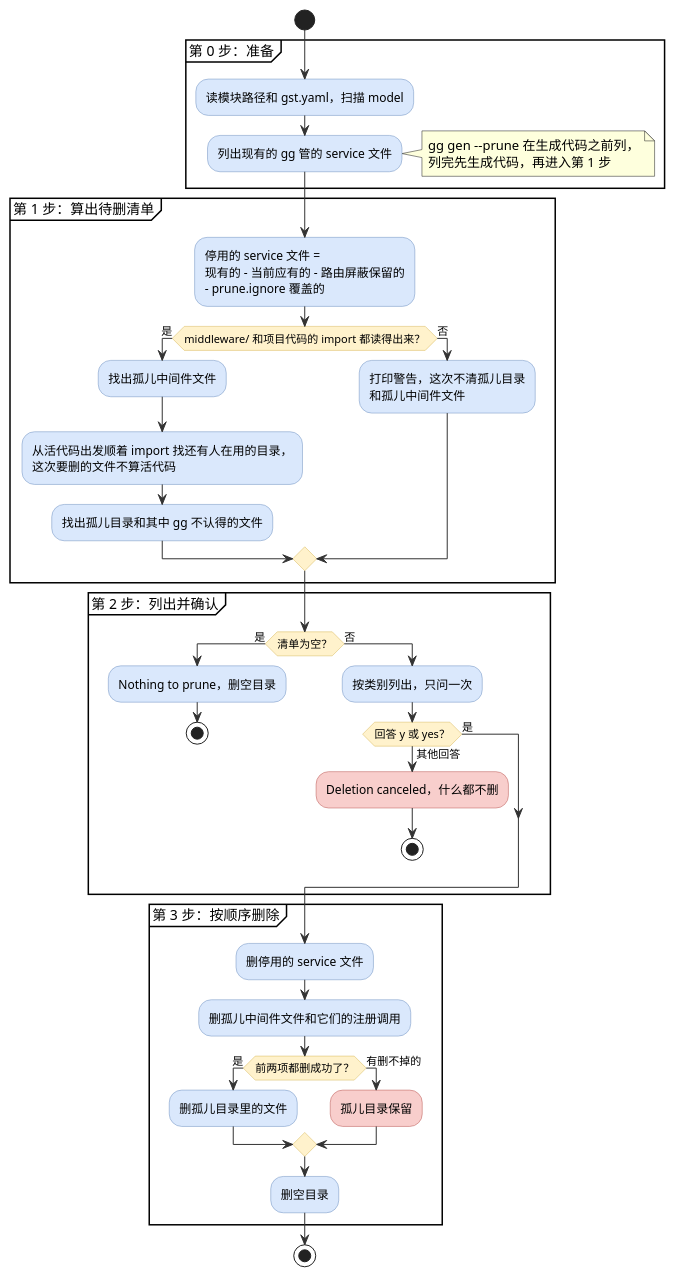
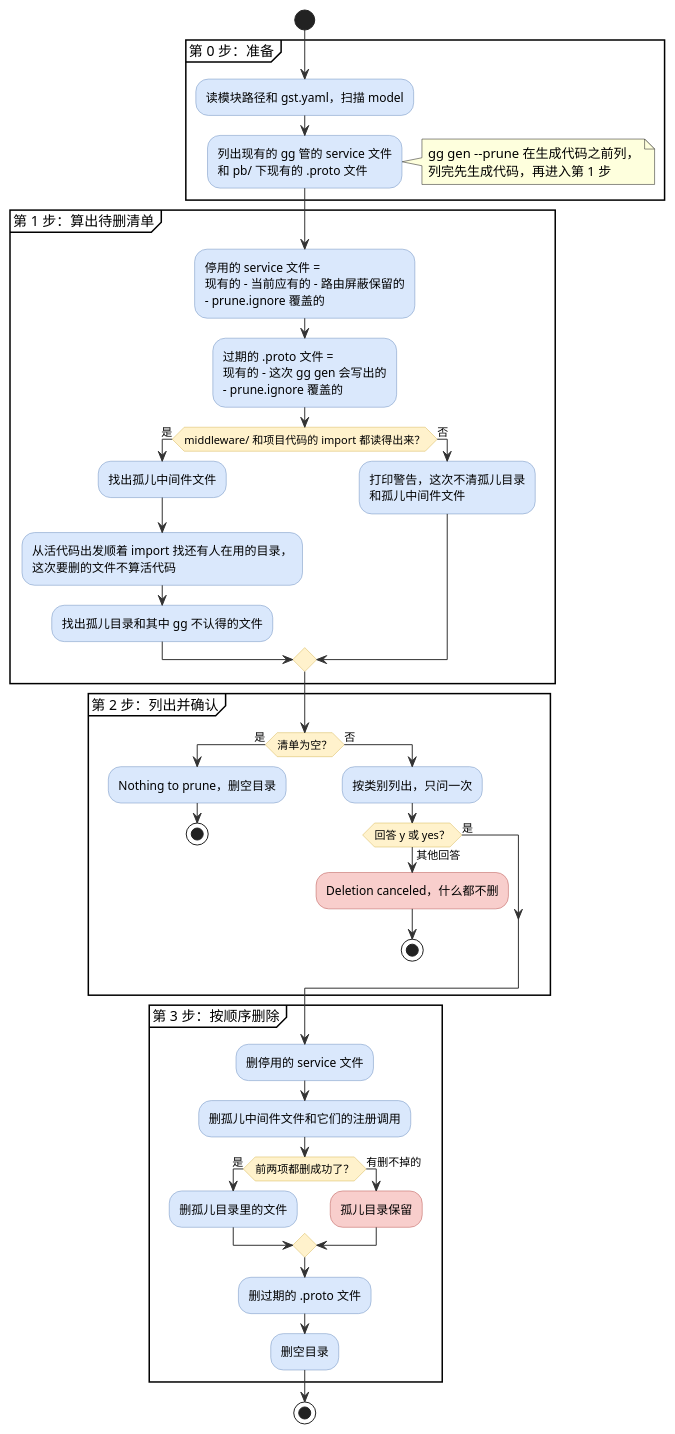
The first of 2 diagrams in cmd/gg/PRUNE.md (hydroan/gst), drawn with PlantUML before and after one commit. The commit also changed other lines of this file and 7 other files, not shown here.

First line of the commit message:
feat(gg): prune the protobuf definitions gg gen no longer writes

````diff
--- a/cmd/gg/PRUNE.md
+++ b/cmd/gg/PRUNE.md
@@ -18,61 +19,66 @@
 ```plantuml
 @startuml
 skinparam activity {
   BackgroundColor #dae8fc
   BorderColor #6c8ebf
   ArrowColor #333333
   DiamondBackgroundColor #fff2cc
   DiamondBorderColor #d6b656
   BackgroundColor<<cancel>> #f8cecc
   BorderColor<<cancel>> #b85450
 }
 
 start
 partition "第 0 步：准备" {
   :读模块路径和 gst.yaml，扫描 model;
-  :列出现有的 gg 管的 service 文件;
+  :列出现有的 gg 管的 service 文件
+  和 pb/ 下现有的 .proto 文件;
   note right
     gg gen --prune 在生成代码之前列，
     列完先生成代码，再进入第 1 步
   end note
 }
 partition "第 1 步：算出待删清单" {
   :停用的 service 文件 =
   现有的 - 当前应有的 - 路由屏蔽保留的
+  - prune.ignore 覆盖的;
+  :过期的 .proto 文件 =
+  现有的 - 这次 gg gen 会写出的
   - prune.ignore 覆盖的;
   if (middleware/ 和项目代码的 import 都读得出来？) then (是)
     :找出孤儿中间件文件;
     :从活代码出发顺着 import 找还有人在用的目录，
     这次要删的文件不算活代码;
     :找出孤儿目录和其中 gg 不认得的文件;
   else (否)
     :打印警告，这次不清孤儿目录
     和孤儿中间件文件;
   endif
 }
 partition "第 2 步：列出并确认" {
   if (清单为空？) then (是)
     :Nothing to prune，删空目录;
     stop
   else (否)
     :按类别列出，只问一次;
     if (回答 y 或 yes？) then (是)
     else (其他回答)
       :Deletion canceled，什么都不删; <<cancel>>
       stop
     endif
   endif
 }
 partition "第 3 步：按顺序删除" {
   :删停用的 service 文件;
   :删孤儿中间件文件和它们的注册调用;
   if (前两项都删成功了？) then (是)
     :删孤儿目录里的文件;
   else (有删不掉的)
     :孤儿目录保留; <<cancel>>
   endif
+  :删过期的 .proto 文件;
   :删空目录;
 }
 stop
 @enduml
 ```
````
